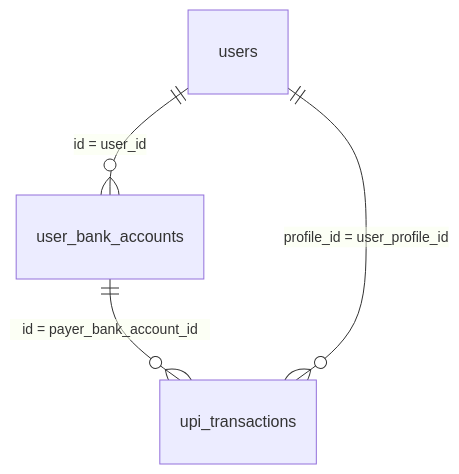
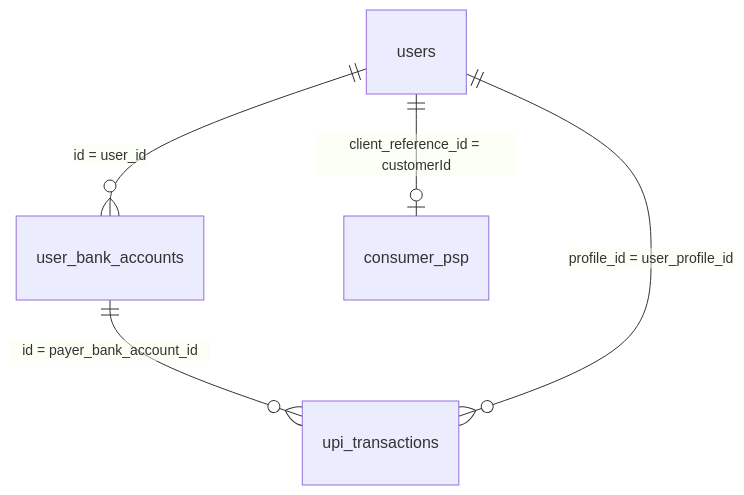
One commit to adarsh-bharatpe/bigquery-mcp changed the diagram in bharatpe-consumer/upi-schema-reference.md. Above: the diagram before and after it, drawn with Mermaid. The commit also changed other lines of this file and 6 other files, not shown here.

````diff
--- a/bharatpe-consumer/upi-schema-reference.md
+++ b/bharatpe-consumer/upi-schema-reference.md
@@ -299,6 +360,7 @@
 ```mermaid
 erDiagram
   users ||--o{ user_bank_accounts : "id = user_id"
   user_bank_accounts ||--o{ upi_transactions : "id = payer_bank_account_id"
   users ||--o{ upi_transactions : "profile_id = user_profile_id"
+  users ||--o| consumer_psp : "client_reference_id = customerId"
 ```
````
